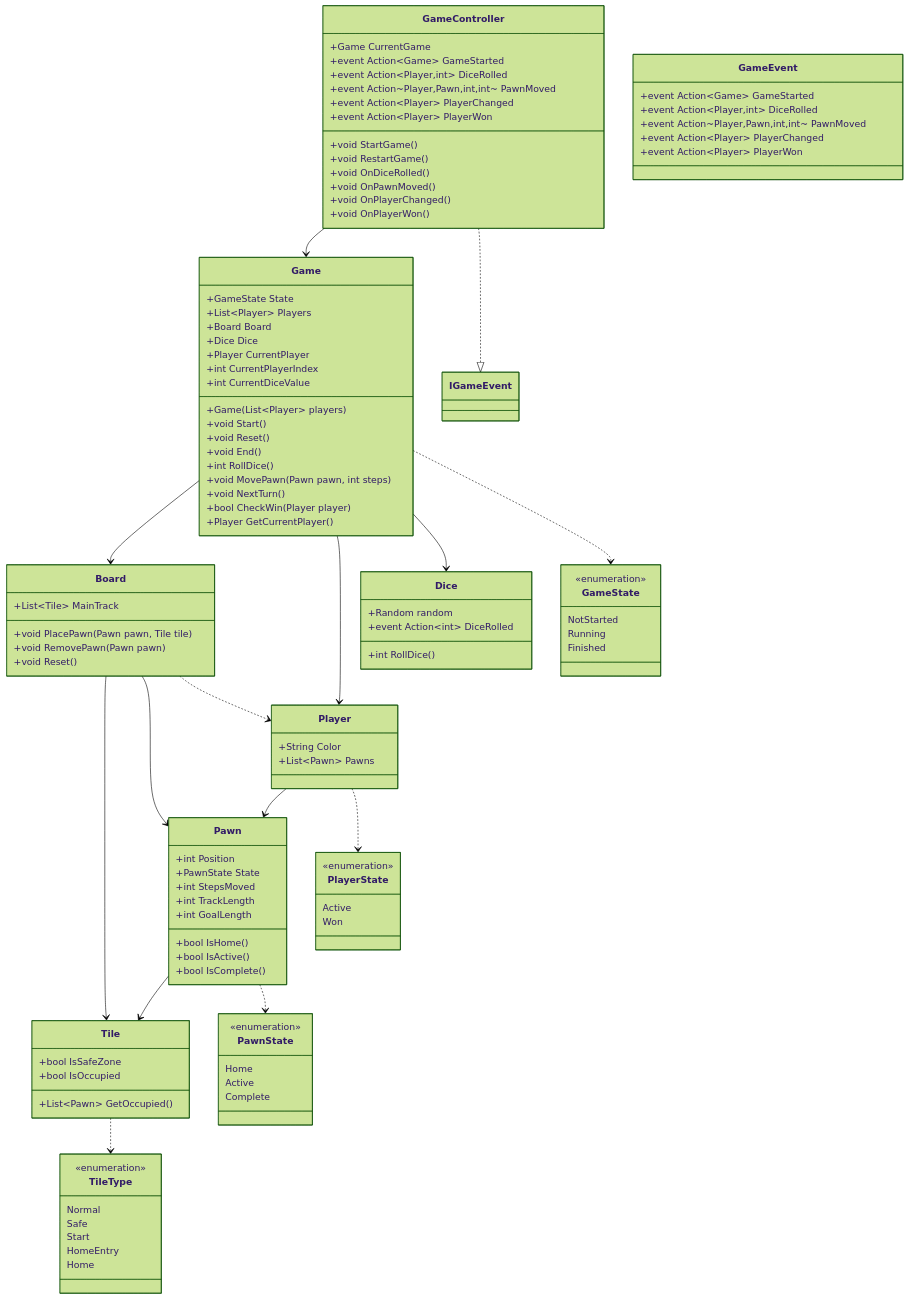
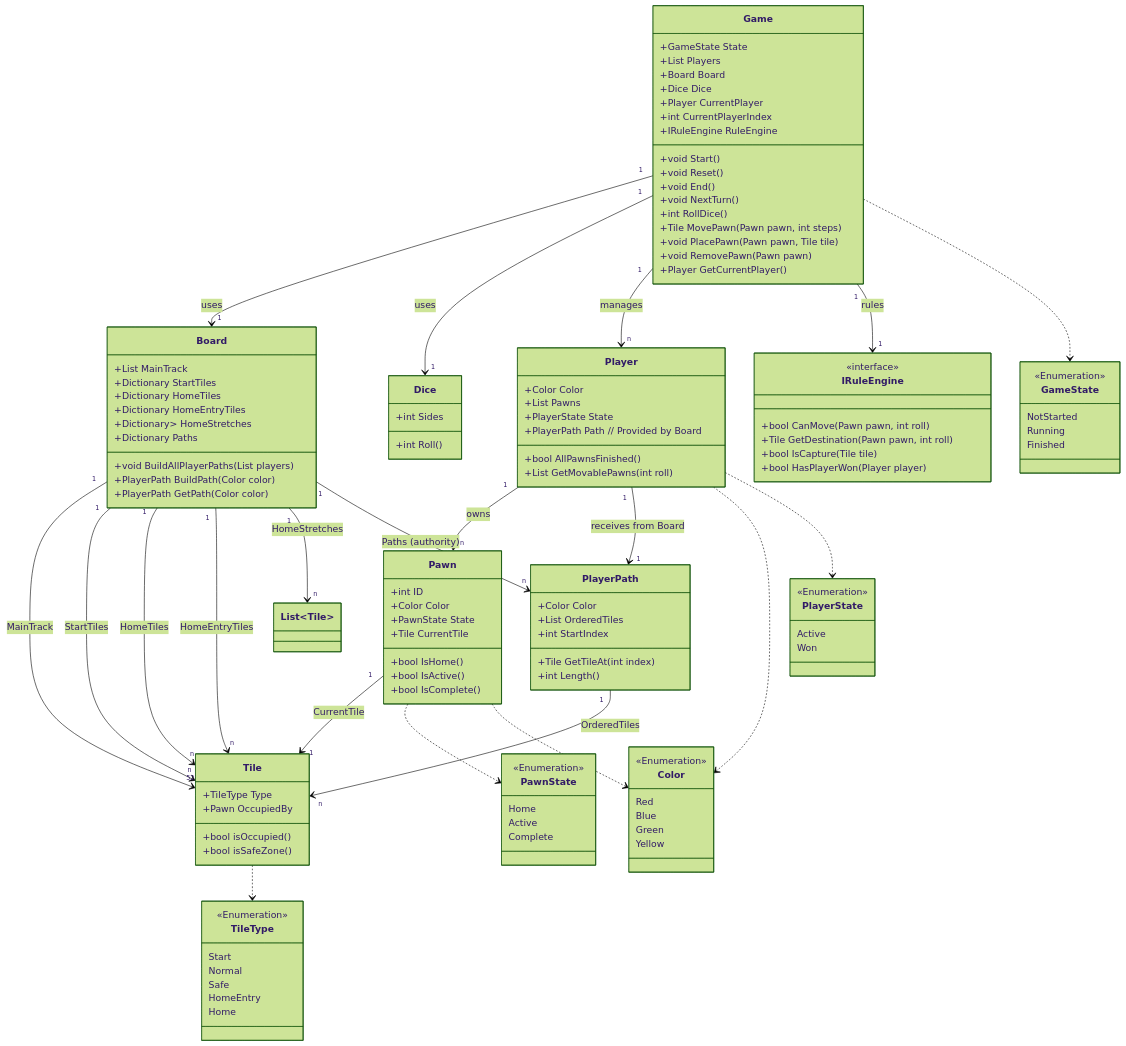
Before and after one commit to aldipascaa/Batch16: the diagram in Ludo2.mmd, drawn with Mermaid (forest theme). The commit also changed 79 other files, not shown here.

```diff
--- a/Ludo2.mmd
+++ b/Ludo2.mmd
@@ -1,131 +1,160 @@
 classDiagram
-    %% RELATIONSHIPS
-    GameController --> Game
-    GameController ..|> IGameEvent
-    Game --> Board
-    Game --> Player
-    Game --> Dice
-    Board --> Tile
-    Board --> Pawn
-    Board ..> Player
-    Player --> Pawn
-    Player ..> PlayerState
-    Pawn --> Tile
-    Game ..> GameState
-    Pawn ..> PawnState
-    Tile ..> TileType
-    class GameEvent{
-        +event Action~Game~ GameStarted
-        +event Action~Player,int~ DiceRolled
-        +event Action~Player,Pawn,int,int~ PawnMoved
-        +event Action~Player~ PlayerChanged
-        +event Action~Player~ PlayerWon
-    }
 
-    %% GAME CONTROLLER
-    class GameController{
-        +Game CurrentGame
-        +void StartGame()
-        +void RestartGame()
-        +void OnDiceRolled()
-        +void OnPawnMoved()
-        +void OnPlayerChanged()
-        +void OnPlayerWon()
-        %% Events implemented from IGameEvent
-        +event Action~Game~ GameStarted
-        +event Action~Player,int~ DiceRolled
-        +event Action~Player,Pawn,int,int~ PawnMoved
-        +event Action~Player~ PlayerChanged
-        +event Action~Player~ PlayerWon
-    }
+%% ===============================
+%%            RELATIONSHIPS
+%% ===============================
 
-    %% GAME
-    class Game{
-        +GameState State
-        +List~Player~ Players
-        +Board Board
-        +Dice Dice
-        +Player CurrentPlayer
-        +int CurrentPlayerIndex
-        +int CurrentDiceValue
+Game "1" --> "1" Board : uses
+Game "1" --> "1" Dice : uses
+Game "1" --> "n" Player : manages
+Game "1" --> "1" IRuleEngine : rules
 
-        +Game(List~Player~ players)
-        +void Start()
-        +void Reset()
-        +void End()
-        +int RollDice()
-        +void MovePawn(Pawn pawn, int steps)
-        +void NextTurn()
-        +bool CheckWin(Player player)
-        +Player GetCurrentPlayer()
-    }
+Player "1" --> "n" Pawn : owns
+Player "1" --> "1" PlayerPath : receives from Board
 
-    %% BOARD
-    class Board{
-        +List~Tile~ MainTrack
-        +void PlacePawn(Pawn pawn, Tile tile)
-        +void RemovePawn(Pawn pawn)
-        +void Reset()
-    }
+Board "1" --> "52" Tile : MainTrack
+Board "1" --> "n" Tile : StartTiles
+Board "1" --> "n" Tile : HomeTiles
+Board "1" --> "n" Tile : HomeEntryTiles
+Board "1" --> "n" List~Tile~ : HomeStretches
+Board "1" --> "n" PlayerPath : Paths (authority)
 
-    %% DICE
-    class Dice{
-        +Random random
-        +int RollDice()
-        +event Action~int~ DiceRolled
-    }
+PlayerPath "1" --> "n" Tile : OrderedTiles
 
-    %% PLAYER
-    class Player{
-        +String Color
-        +List~Pawn~ Pawns
-    }
+Pawn "1" --> "1" Tile : CurrentTile
 
-    %% PAWN
-    class Pawn{
-        +int Position
-        +PawnState State
-        +int StepsMoved
-        +int TrackLength
-        +int GoalLength
-        +bool IsHome()
-        +bool IsActive()
-        +bool IsComplete()
-    }
+Player ..> Color
+Player ..> PlayerState
+Pawn ..> PawnState
+Pawn ..> Color
+Tile ..> TileType
+Game ..> GameState
 
-    %% TILE
-    class Tile{
-        +bool IsSafeZone
-        +bool IsOccupied
-        +List~Pawn~ GetOccupied()
-    }
+%% ===============================
+%%              CLASSES
+%% ===============================
 
-    %% ENUMS
-    class GameState{
-        <<enumeration>>
-        NotStarted
-        Running
-        Finished
-    }
+class Game {
+    +GameState State
+    +List<Player> Players
+    +Board Board
+    +Dice Dice
+    +Player CurrentPlayer
+    +int CurrentPlayerIndex
+    +IRuleEngine RuleEngine
 
-    class PlayerState{
-        <<enumeration>>
-        Active
-        Won
-    }
+    +void Start()
+    +void Reset()
+    +void End()
+    +void NextTurn()
+    +int RollDice()
+    +Tile MovePawn(Pawn pawn, int steps)
+    +void PlacePawn(Pawn pawn, Tile tile)
+    +void RemovePawn(Pawn pawn)
+    +Player GetCurrentPlayer()
+}
 
-    class PawnState{
-        <<enumeration>>
-        Home
-        Active
-        Complete
-    }
+class Player {
+    +Color Color
+    +List<Pawn> Pawns
+    +PlayerState State
+    +PlayerPath Path   // Provided by Board
 
-    class TileType{
-        <<enumeration>>
-        Normal
-        Safe
-        Start
-        HomeEntry
-        Home
-    }
+    +bool AllPawnsFinished()
+    +List<Pawn> GetMovablePawns(int roll)
+}
+
+class Board {
+    +List<Tile> MainTrack
+    +Dictionary<Color, Tile> StartTiles
+    +Dictionary<Color, Tile> HomeTiles
+    +Dictionary<Color, Tile> HomeEntryTiles
+    +Dictionary<Color, List<Tile>> HomeStretches
+    +Dictionary<Color, PlayerPath> Paths
+
+    +void BuildAllPlayerPaths(List<Player> players)
+    +PlayerPath BuildPath(Color color)
+    +PlayerPath GetPath(Color color)
+}
+
+class PlayerPath {
+    +Color Color
+    +List<Tile> OrderedTiles
+    +int StartIndex
+
+    +Tile GetTileAt(int index)
+    +int Length()
+}
+
+class Pawn {
+    +int ID
+    +Color Color
+    +PawnState State
+    +Tile CurrentTile
+
+    +bool IsHome()
+    +bool IsActive()
+    +bool IsComplete()
+}
+
+class Tile {
+    +TileType Type
+    +Pawn OccupiedBy
+
+    +bool isOccupied()
+    +bool isSafeZone()
+}
+
+class Dice {
+    +int Sides
+    +int Roll()
+}
+
+class IRuleEngine {
+    <<interface>>
+    +bool CanMove(Pawn pawn, int roll)
+    +Tile GetDestination(Pawn pawn, int roll)
+    +bool IsCapture(Tile tile)
+    +bool HasPlayerWon(Player player)
+}
+
+%% ===============================
+%%              ENUMS
+%% ===============================
+
+class GameState {
+    <<Enumeration>>
+    NotStarted
+    Running
+    Finished
+}
+
+class Color {
+    <<Enumeration>>
+    Red
+    Blue
+    Green
+    Yellow
+}
+
+class PlayerState {
+    <<Enumeration>>
+    Active
+    Won
+}
+
+class PawnState {
+    <<Enumeration>>
+    Home
+    Active
+    Complete
+}
+
+class TileType {
+    <<Enumeration>>
+    Start
+    Normal
+    Safe
+    HomeEntry
+    Home
+}
```
